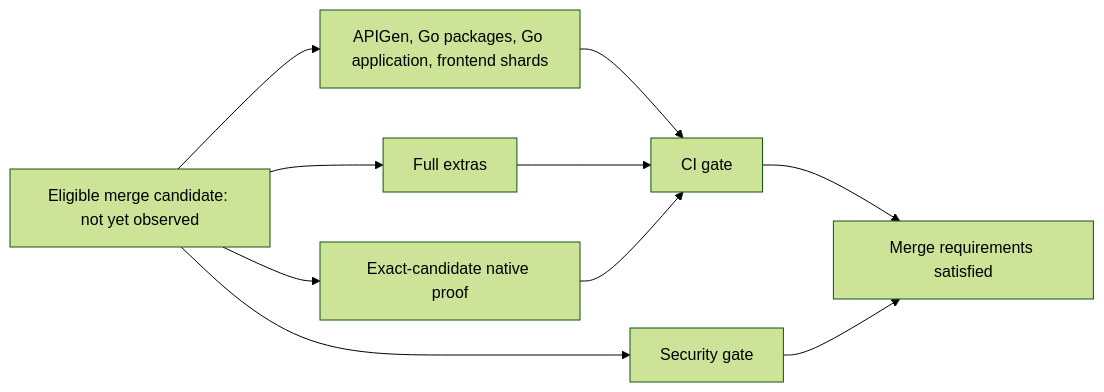
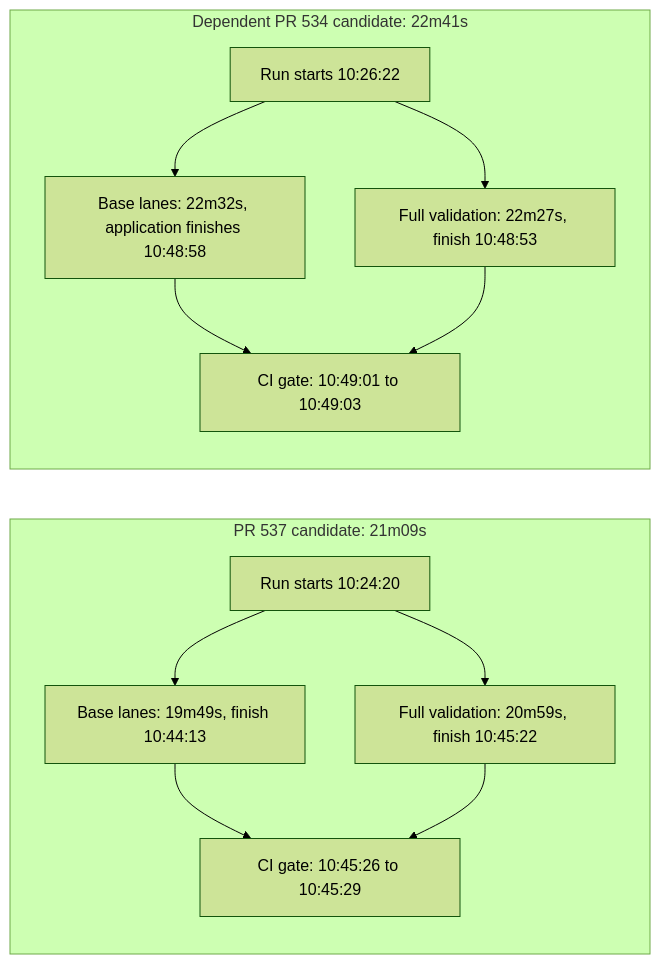
The diagram in internal/platform/ci/hosted-remediation-measurement.md (flidai/leapview), drawn with Mermaid (forest theme) before and after one commit. The commit also changed other lines of this file, not shown here.

Commit message:
docs(ci): reconcile remediated merge queue cohort

````diff
--- a/internal/platform/ci/hosted-remediation-measurement.md
+++ b/internal/platform/ci/hosted-remediation-measurement.md
@@ -152,14 +228,17 @@
 ```mermaid
 flowchart LR
-  accTitle: Remediated merge configuration awaiting hosted timings
-  accDescr: Base lanes and full extras should start independently. The CI gate requires both and exact-candidate native proof; Security gate independently protects merging. No durations have been observed for this configuration.
-  M[Eligible merge candidate: not yet observed] --> B[APIGen, Go packages, Go application, frontend shards]
-  M --> F[Full extras]
-  B --> G[CI gate]
-  F --> G
-  M --> N[Exact-candidate native proof]
-  N --> G
-  M --> S[Security gate]
-  G --> Q[Merge requirements satisfied]
-  S --> Q
+  accTitle: Measured merge queue critical paths after the dependency barrier removal
+  accDescr: In PR 537 the base lanes finish at 10:44:13 and independent full validation finishes at 10:45:22, blocking the CI gate until 10:45:29. In the dependent PR 534 candidate full validation finishes at 10:48:53 but Go application validation finishes five seconds later, blocking the CI gate until 10:49:03. Security and native proof finish earlier in both runs.
+  subgraph A[PR 537 candidate: 21m09s]
+    A0[Run starts 10:24:20] --> AB[Base lanes: 19m49s, finish 10:44:13]
+    A0 --> AF[Full validation: 20m59s, finish 10:45:22]
+    AB --> AG[CI gate: 10:45:26 to 10:45:29]
+    AF --> AG
+  end
+  subgraph B[Dependent PR 534 candidate: 22m41s]
+    B0[Run starts 10:26:22] --> BB[Base lanes: 22m32s, application finishes 10:48:58]
+    B0 --> BF[Full validation: 22m27s, finish 10:48:53]
+    BB --> BG[CI gate: 10:49:01 to 10:49:03]
+    BF --> BG
+  end
 ```
````
